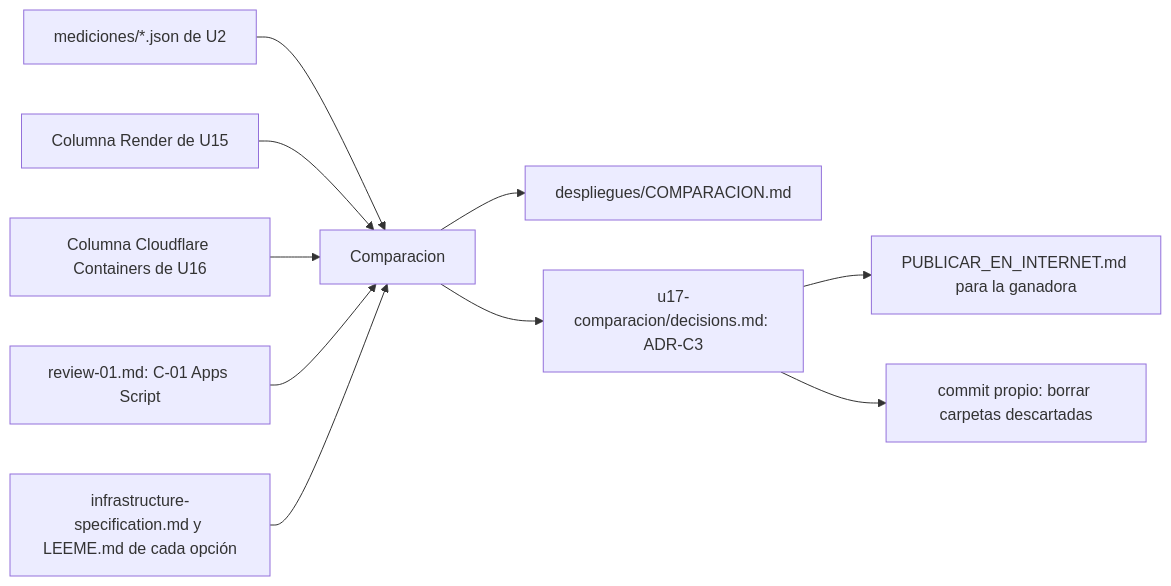
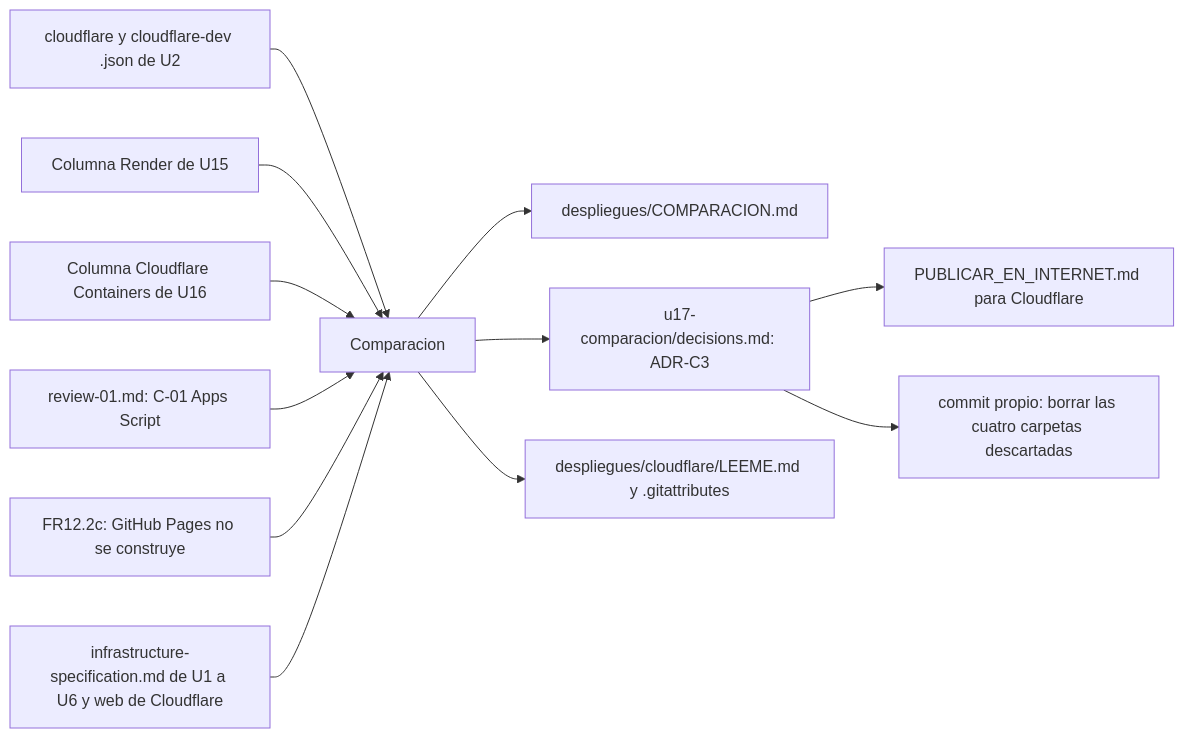
Before and after one commit to statistical-engineering/iest-sem-reto-desinformacion-colegios: the diagram in aidlc/spaces/default/intents/261024-publicar-reto-nube/construction/u17-comparacion/nfr-design/logical-components.md, drawn with Mermaid. The commit also changed other lines of this file and 114 other files, not shown here.

Commit message:
docs(aidlc): especificar las unidades de Cloudflare para una sala

````diff
--- a/aidlc/spaces/default/intents/261024-publicar-reto-nube/construction/u17-comparacion/nfr-design/logical-components.md
+++ b/aidlc/spaces/default/intents/261024-publicar-reto-nube/construction/u17-comparacion/nfr-design/logical-components.md
@@ -6,12 +8,14 @@
 ```mermaid
 graph LR
-  M[mediciones/*.json de U2] --> C[Comparacion]
+  M[cloudflare y cloudflare-dev .json de U2] --> C[Comparacion]
   D15[Columna Render de U15] --> C
   D16[Columna Cloudflare Containers de U16] --> C
   R[review-01.md: C-01 Apps Script] --> C
-  I[infrastructure-specification.md y LEEME.md de cada opción] --> C
+  P[FR12.2c: GitHub Pages no se construye] --> C
+  I[infrastructure-specification.md de U1 a U6 y web de Cloudflare] --> C
   C --> T[despliegues/COMPARACION.md]
   C --> A[u17-comparacion/decisions.md: ADR-C3]
-  A --> G[PUBLICAR_EN_INTERNET.md para la ganadora]
-  A --> B[commit propio: borrar carpetas descartadas]
+  C --> L[despliegues/cloudflare/LEEME.md y .gitattributes]
+  A --> G[PUBLICAR_EN_INTERNET.md para Cloudflare]
+  A --> B[commit propio: borrar las cuatro carpetas descartadas]
 ```
````
